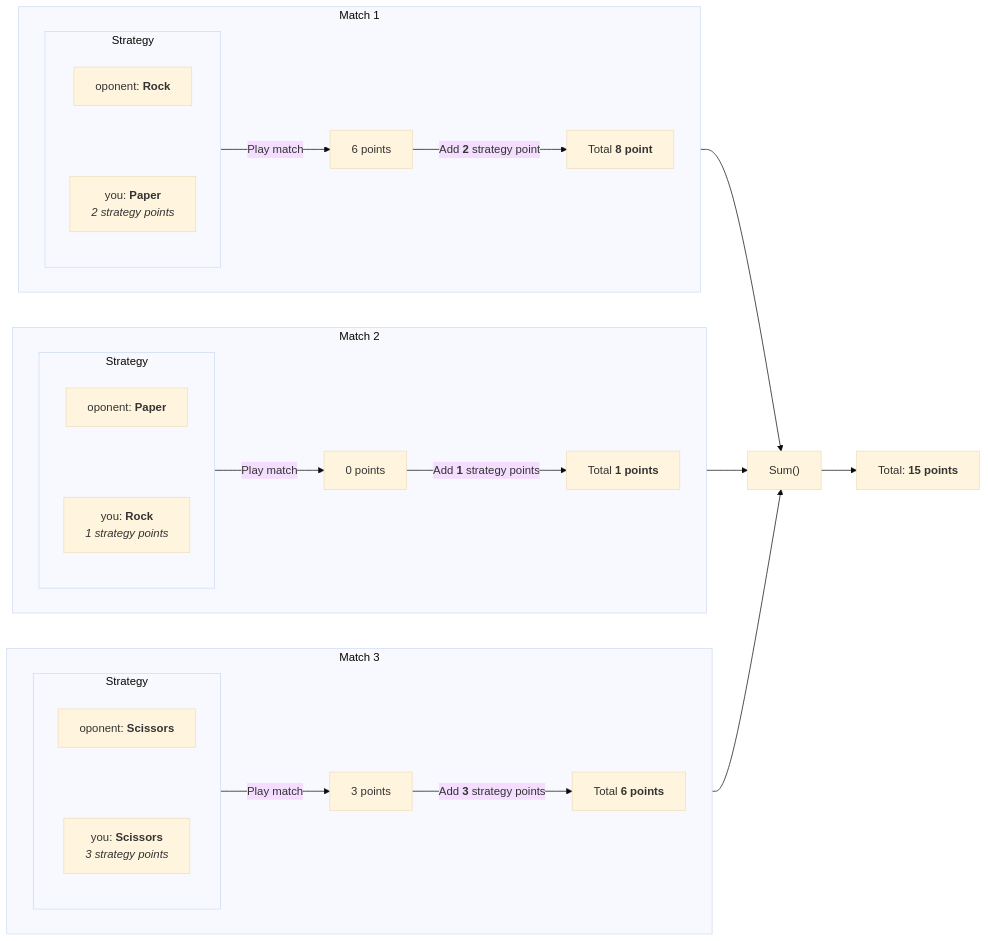
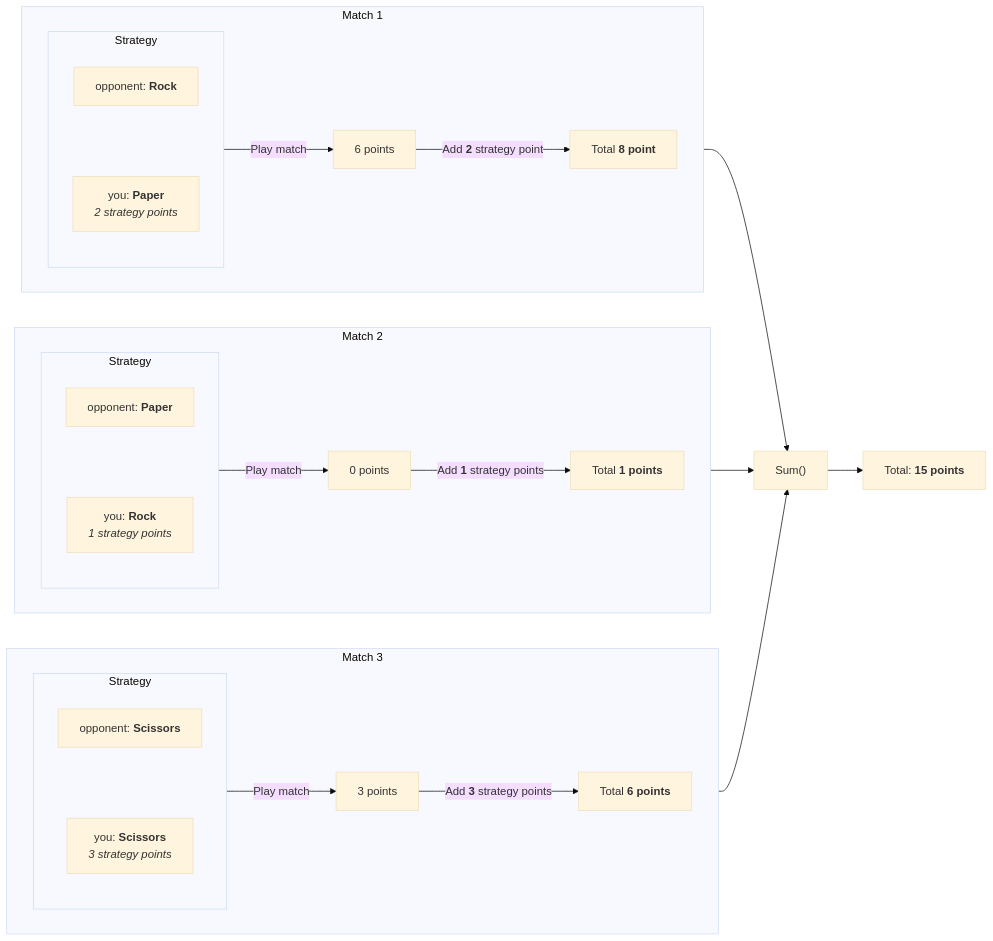
The diagram in _posts/aoc-2022/day-two/2023-04-12-part-one.md (bartkessels/bartkessels.github.io), drawn with Mermaid (base theme) before and after one commit. The commit also changed other lines of this file and 3 other files, not shown here.

````diff
--- a/_posts/aoc-2022/day-two/2023-04-12-part-one.md
+++ b/_posts/aoc-2022/day-two/2023-04-12-part-one.md
@@ -54,66 +54,66 @@
 ```mermaid
 flowchart LR
   subgraph matchone["Match 1"]
     direction LR
 
     subgraph strategyone["Strategy"]
       direction TB
 
-      ao["oponent: <b>Rock</b>"]
+      ao["opponent: <b>Rock</b>"]
       ay["you: <b>Paper</b>\n<i>2 strategy points</i>"]
 
       ao ~~~ ay
     end
 
     outone["6 points"]
     strategyone -- "Play match" --> outone
 
     totalone["Total <b>8 point</b>"]
     outone -- "Add <b>2</b> strategy point" --> totalone
   end
 
   subgraph matchtwo["Match 2"]
     direction LR
 
     subgraph strategytwo["Strategy"]
       direction TB
-      bo["oponent: <b>Paper</b>"]
+      bo["opponent: <b>Paper</b>"]
       by["you: <b>Rock</b>\n<i>1 strategy points</i>"]
 
       bo ~~~ by
     end
 
     outtwo["0 points"]
     strategytwo -- "Play match" --> outtwo
 
     totaltwo["Total <b>1 points</b>"]
     outtwo -- "Add <b>1</b> strategy points" --> totaltwo
   end
 
   subgraph matchthree["Match 3"]
     direction LR
     
     subgraph strategythree["Strategy"]
       direction TB
-      co["oponent: <b>Scissors</b>"]
+      co["opponent: <b>Scissors</b>"]
       cy["you: <b>Scissors</b>\n<i>3 strategy points</i>"]
       
       co ~~~ cy
     end
 
     outthree["3 points"]
     strategythree -- "Play match" --> outthree
     
     totalthree["Total <b>6 points</b>"]
     outthree -- "Add <b>3</b> strategy points" --> totalthree
   end
 
   sum["Sum()"]
   total["Total: <b>15 points</b>"]
 
   matchone --> sum
   matchtwo --> sum
   matchthree --> sum
 
   sum --> total
 ```
````
